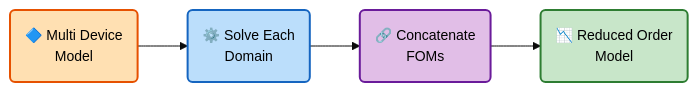
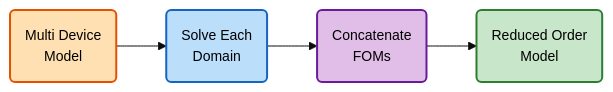
The third of 6 diagrams in docs/architecture.md (Dark-Elektron/cavsim3d), drawn with Mermaid before and after one commit. The commit also changed other lines of this file and 41 other files, not shown here.

````diff
--- a/docs/architecture.md
+++ b/docs/architecture.md
@@ -31,9 +31,9 @@
 ```mermaid
 %%{init: {'theme': 'base', 'themeVariables': {'fontSize': '14px'}}}%%
 graph LR
-    A3("🔷 Multi Device<br/>Model"):::input --> B3("⚙️ Solve Each<br/>Domain"):::process --> C3("🔗 Concatenate<br/>FOMs"):::concat --> D3("📉 Reduced Order<br/>Model"):::output
+    A3("Multi Device<br/>Model"):::input --> B3("Solve Each<br/>Domain"):::process --> C3("Concatenate<br/>FOMs"):::concat --> D3("Reduced Order<br/>Model"):::output
     classDef input fill:#ffe0b2,stroke:#e65100,stroke-width:2px,color:#000
     classDef process fill:#bbdefb,stroke:#1565c0,stroke-width:2px,color:#000
     classDef concat fill:#e1bee7,stroke:#6a1b9a,stroke-width:2px,color:#000
     classDef output fill:#c8e6c9,stroke:#2e7d32,stroke-width:2px,color:#000
 ```
````
